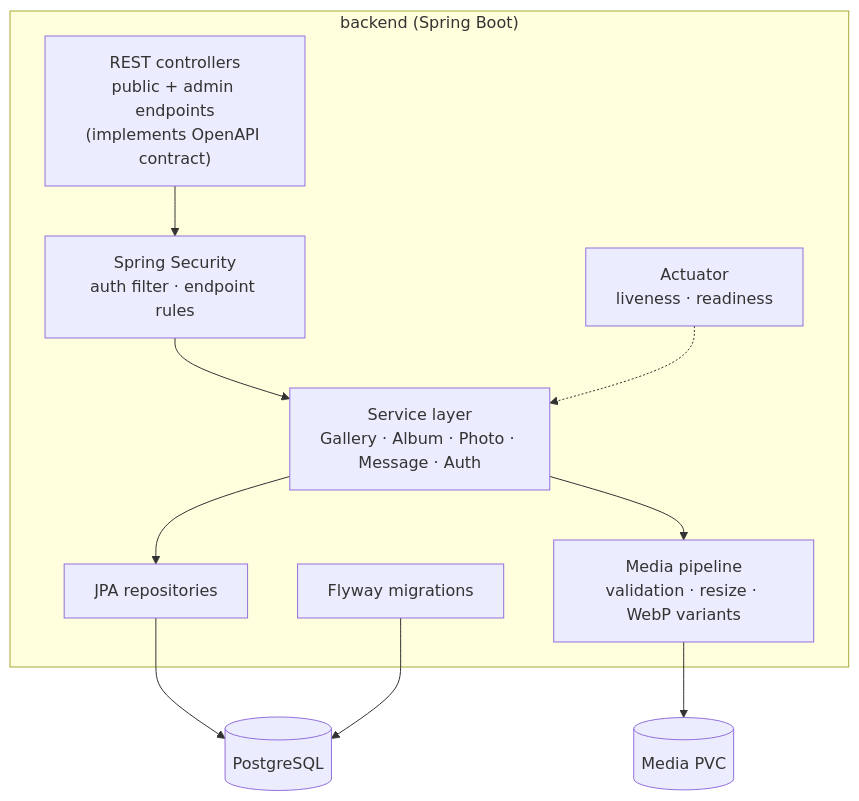
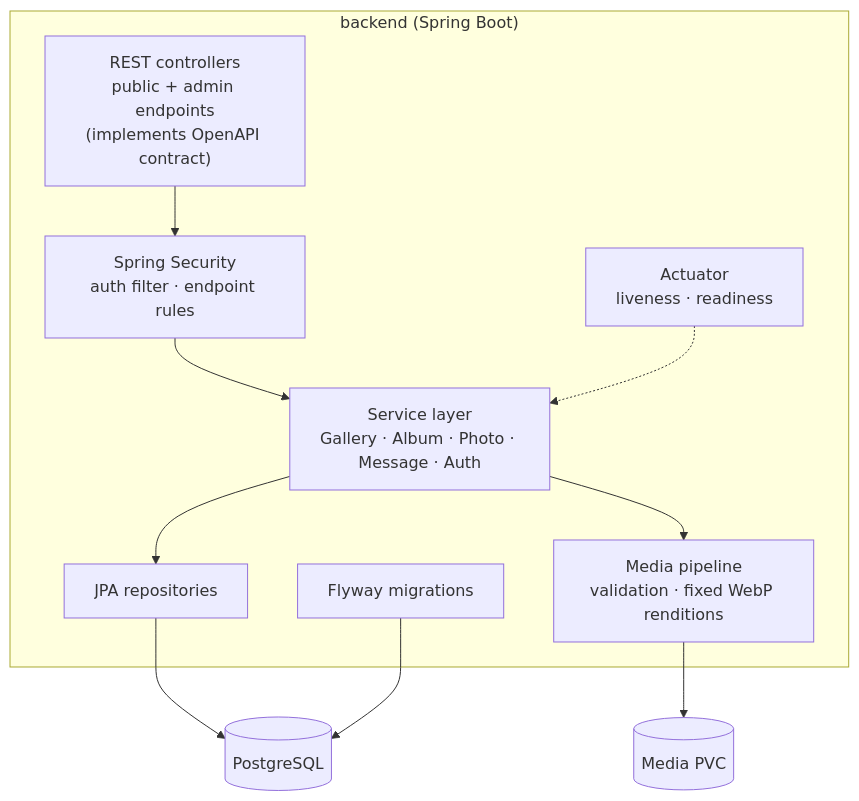
The second of 5 diagrams in ARCHITECTURE.md (toledobrendo/btagila-portfolio), drawn with Mermaid before and after one commit. The commit also changed other lines of this file and 5 other files, not shown here.

First line of the commit message:
docs: pin media pipeline to a fixed rendition ladder (originals ≤2048px)

````diff
--- a/ARCHITECTURE.md
+++ b/ARCHITECTURE.md
@@ -76,24 +76,24 @@
 ```mermaid
 graph TB
     subgraph api["backend (Spring Boot)"]
         CTRL["REST controllers<br/>public + admin endpoints<br/>(implements OpenAPI contract)"]
         ACT["Actuator<br/>liveness · readiness"]
         SECL["Spring Security<br/>auth filter · endpoint rules"]
         SVC["Service layer<br/>Gallery · Album · Photo · Message · Auth"]
-        MED["Media pipeline<br/>validation · resize · WebP variants"]
+        MED["Media pipeline<br/>validation · fixed WebP renditions"]
         REPO["JPA repositories"]
         MIG["Flyway migrations"]
     end
 
     PG[("PostgreSQL")]
     PVC[("Media PVC")]
 
     CTRL --> SECL
     SECL --> SVC
     SVC --> REPO
     SVC --> MED
     MED --> PVC
     REPO --> PG
     MIG --> PG
     ACT -.-> SVC
 ```
````
